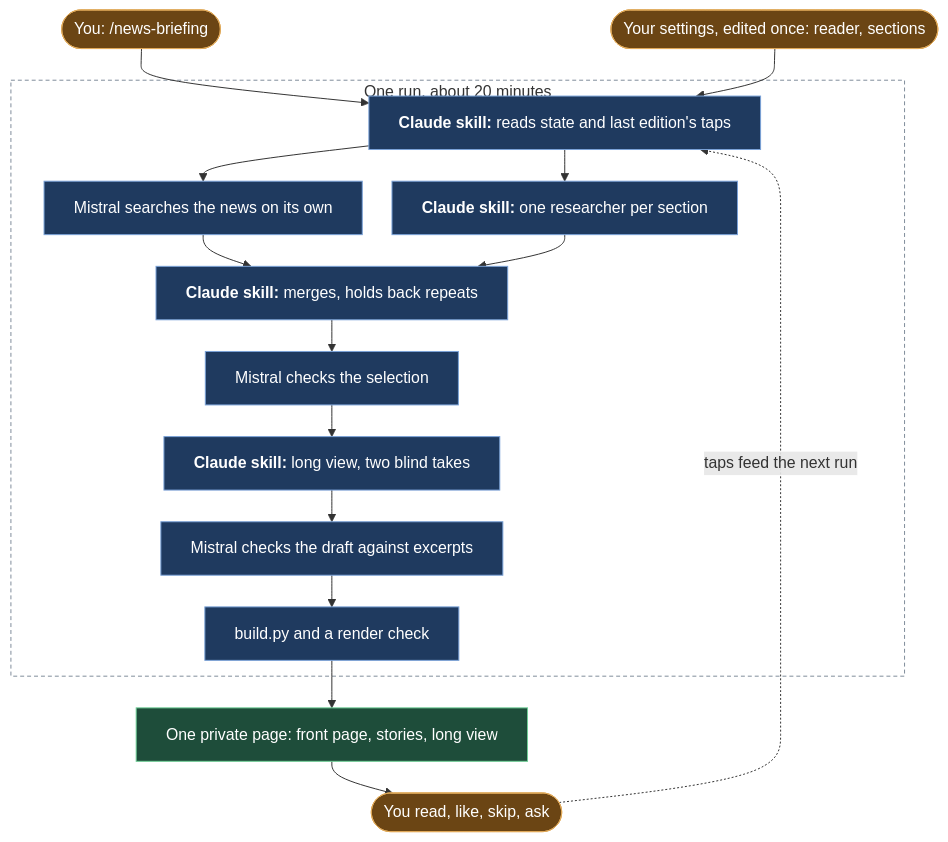
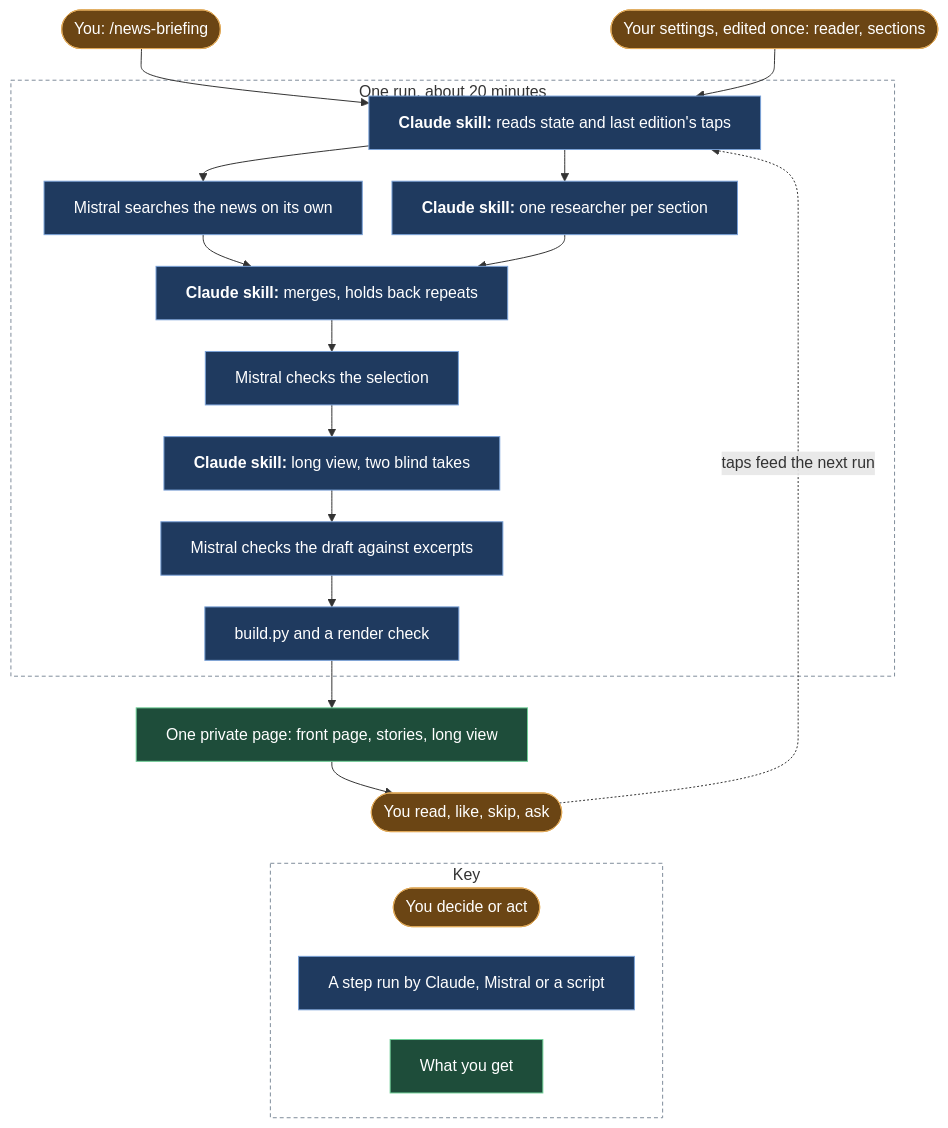
The diagram in README.md (nunomnferreirapt/news-briefing-skill), drawn with Mermaid before and after one commit. The commit also changed other lines of this file, not shown here.

Commit message:
README: a key for the diagram's colors and shapes, so a reader does not have to guess

````diff
--- a/README.md
+++ b/README.md
@@ -17,28 +17,36 @@
 ```mermaid
 %%{init: {"flowchart": {"wrappingWidth": 600, "nodeSpacing": 30, "rankSpacing": 32}}}%%
 flowchart TB
     Q(["You: /news-briefing"]):::human
     S(["Your settings, edited once: reader, sections"]):::human
     subgraph RUN["One run, about 20 minutes"]
         R0["`**Claude skill:** reads state and last edition's taps`"]:::sys
         SC["Mistral searches the news on its own"]:::sys
         RS["`**Claude skill:** one researcher per section`"]:::sys
         MG["`**Claude skill:** merges, holds back repeats`"]:::sys
         SEL["Mistral checks the selection"]:::sys
         LV["`**Claude skill:** long view, two blind takes`"]:::sys
         DC["Mistral checks the draft against excerpts"]:::sys
         B["build.py and a render check"]:::sys
         R0 --> SC & RS
         SC & RS --> MG --> SEL --> LV --> DC --> B
     end
     Q --> R0
     S --> R0
     B --> P["One private page: front page, stories, long view"]:::out
     P --> T(["You read, like, skip, ask"]):::human
     T -. "taps feed the next run" .-> R0
+    subgraph KEY["Key"]
+        direction LR
+        K1(["You decide or act"]):::human
+        K2["A step run by Claude, Mistral or a script"]:::sys
+        K3["What you get"]:::out
+    end
+    T ~~~ KEY
 
     classDef sys fill:#1f3a5f,stroke:#7aa2d8,color:#ffffff
     classDef human fill:#6b4514,stroke:#e0a95a,color:#ffffff
     classDef out fill:#1e4d3a,stroke:#6fcf97,color:#ffffff
     style RUN fill:transparent,stroke:#7f8c9a,stroke-dasharray:4 3
+    style KEY fill:transparent,stroke:#7f8c9a,stroke-dasharray:4 3
 ```
````
